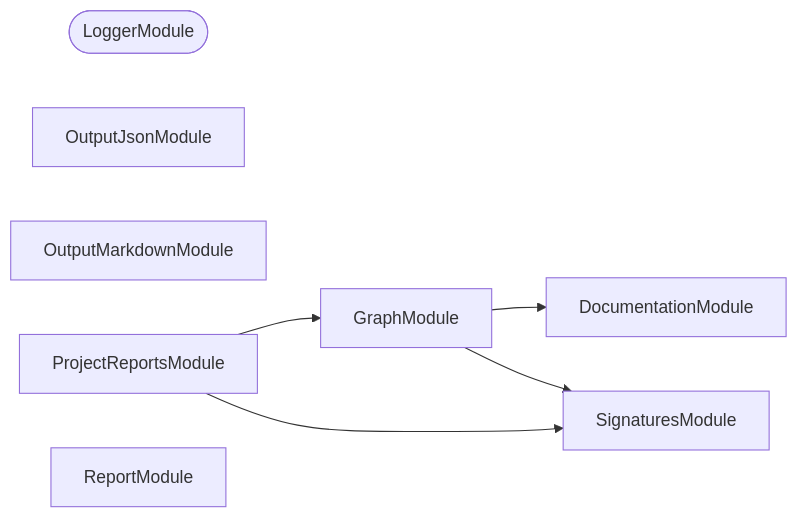
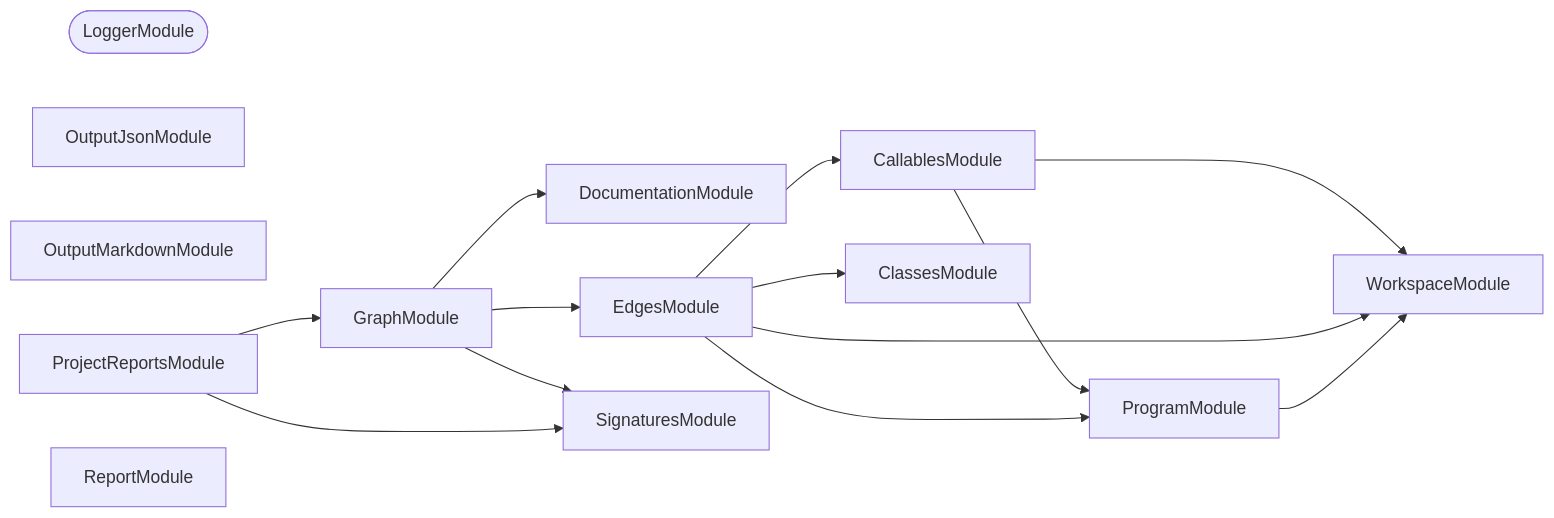
The second of 3 diagrams in packages/callidescope-output/README.md (JimmyPaolini/codebase), drawn with Mermaid before and after one commit. The commit also changed other lines of this file and 43 other files, not shown here.

````diff
--- a/packages/callidescope-output/README.md
+++ b/packages/callidescope-output/README.md
@@ -156,15 +156,28 @@
 ```mermaid
 flowchart LR
+  CallablesModule
+  ClassesModule
   DocumentationModule
+  EdgesModule
   GraphModule
   LoggerModule([LoggerModule])
   OutputJsonModule
   OutputMarkdownModule
+  ProgramModule
   ProjectReportsModule
   ReportModule
   SignaturesModule
+  WorkspaceModule
+  CallablesModule --> ProgramModule
+  CallablesModule --> WorkspaceModule
+  EdgesModule --> CallablesModule
+  EdgesModule --> ClassesModule
+  EdgesModule --> ProgramModule
+  EdgesModule --> WorkspaceModule
   GraphModule --> DocumentationModule
+  GraphModule --> EdgesModule
   GraphModule --> SignaturesModule
+  ProgramModule --> WorkspaceModule
   ProjectReportsModule --> GraphModule
   ProjectReportsModule --> SignaturesModule
 ```
````
